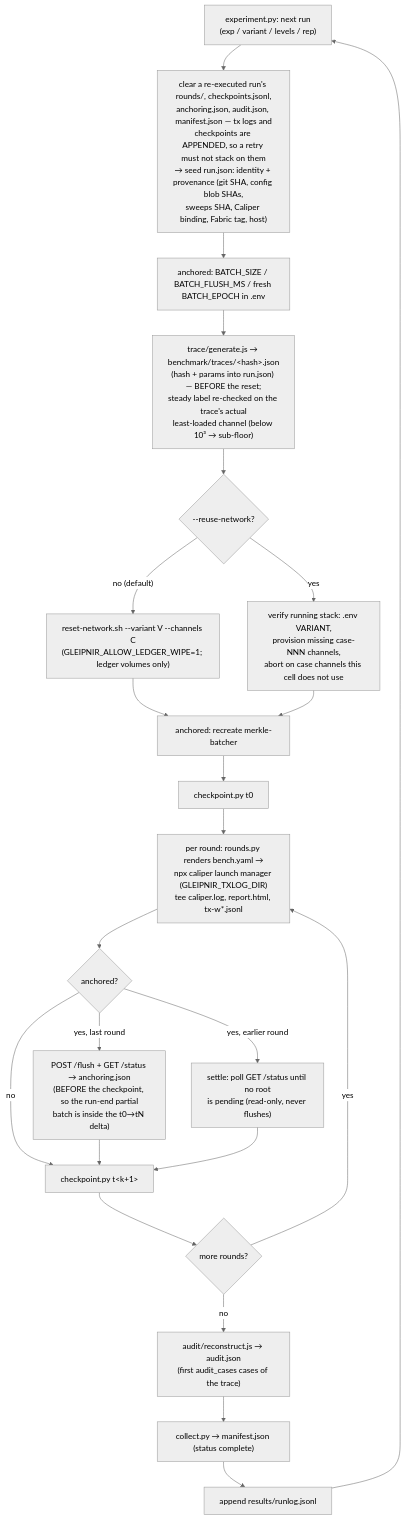
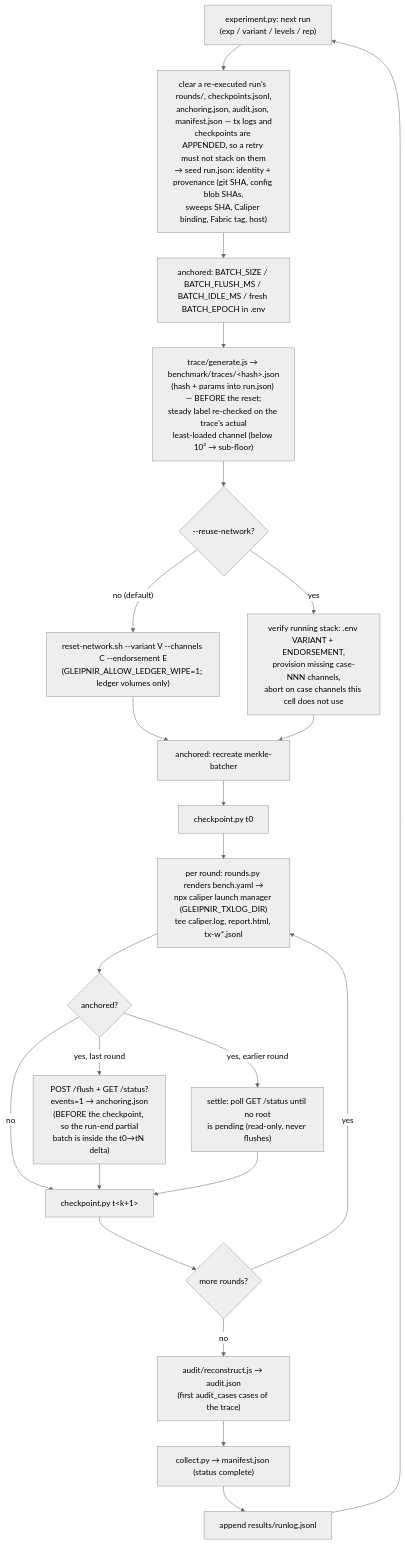
One commit to theflorist18/GLEIPNIR changed the eighth of 8 diagrams in docs/AS-BUILT.md. Above: the diagram before and after it, drawn with Mermaid (neutral theme). The commit also changed other lines of this file and 56 other files, not shown here.

````diff
--- a/docs/AS-BUILT.md
+++ b/docs/AS-BUILT.md
@@ -657,25 +730,25 @@
 ```mermaid
 flowchart TD
     A["experiment.py: next run<br/>(exp / variant / levels / rep)"] --> B["clear a re-executed run's rounds/, checkpoints.jsonl,<br/>anchoring.json, audit.json, manifest.json — tx logs and<br/>checkpoints are APPENDED, so a retry must not stack on them<br/>→ seed run.json: identity + provenance (git SHA, config blob SHAs,<br/>sweeps SHA, Caliper binding, Fabric tag, host)"]
-    B --> B2["anchored: BATCH_SIZE / BATCH_FLUSH_MS / fresh BATCH_EPOCH in .env"]
+    B --> B2["anchored: BATCH_SIZE / BATCH_FLUSH_MS / BATCH_IDLE_MS / fresh BATCH_EPOCH in .env"]
     B2 --> G["trace/generate.js → benchmark/traces/&lt;hash&gt;.json<br/>(hash + params into run.json) — BEFORE the reset;<br/>steady label re-checked on the trace's actual<br/>least-loaded channel (below 10³ → sub-floor)"]
     G --> C{"--reuse-network?"}
-    C -- "no (default)" --> D["reset-network.sh --variant V --channels C<br/>(GLEIPNIR_ALLOW_LEDGER_WIPE=1; ledger volumes only)"]
-    C -- yes --> E["verify running stack: .env VARIANT,<br/>provision missing case-NNN channels,<br/>abort on case channels this cell does not use"]
+    C -- "no (default)" --> D["reset-network.sh --variant V --channels C --endorsement E<br/>(GLEIPNIR_ALLOW_LEDGER_WIPE=1; ledger volumes only)"]
+    C -- yes --> E["verify running stack: .env VARIANT + ENDORSEMENT,<br/>provision missing case-NNN channels,<br/>abort on case channels this cell does not use"]
     D --> F
     E --> F["anchored: recreate merkle-batcher"]
     F --> H["checkpoint.py t0"]
     H --> I["per round: rounds.py renders bench.yaml →<br/>npx caliper launch manager (GLEIPNIR_TXLOG_DIR)<br/>tee caliper.log, report.html, tx-w*.jsonl"]
     I --> P{"anchored?"}
-    P -- "yes, last round" --> Q["POST /flush + GET /status → anchoring.json<br/>(BEFORE the checkpoint, so the run-end partial<br/>batch is inside the t0→tN delta)"]
+    P -- "yes, last round" --> Q["POST /flush + GET /status?events=1 → anchoring.json<br/>(BEFORE the checkpoint, so the run-end partial<br/>batch is inside the t0→tN delta)"]
     P -- "yes, earlier round" --> R["settle: poll GET /status until no root<br/>is pending (read-only, never flushes)"]
     P -- no --> J
     Q --> J
     R --> J["checkpoint.py t&lt;k+1&gt;"]
     J --> K{"more rounds?"}
     K -- yes --> I
     K -- no --> M["audit/reconstruct.js → audit.json<br/>(first audit_cases cases of the trace)"]
     M --> N["collect.py → manifest.json (status complete)"]
     N --> O["append results/runlog.jsonl"]
     O --> A
 ```
````
